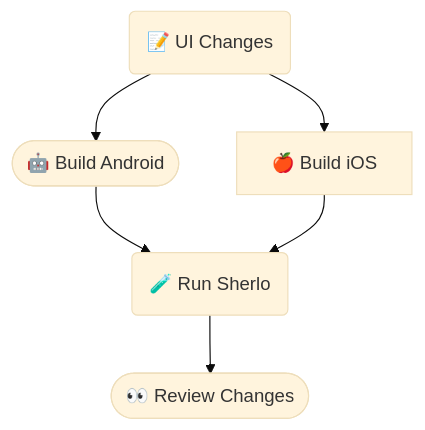
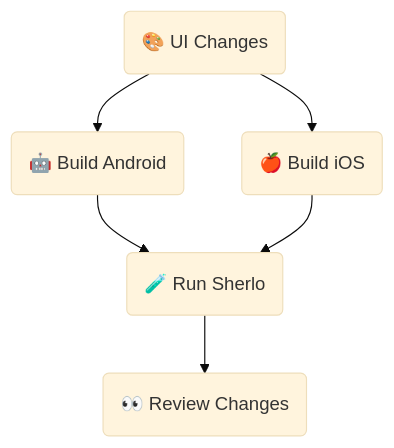
Before and after one commit to sherlo-io/sherlo: the second of 4 diagrams in examples/standard/README.md, drawn with Mermaid (base theme). The commit also changed other lines of this file, not shown here.

````diff
--- a/examples/standard/README.md
+++ b/examples/standard/README.md
@@ -60,14 +26,14 @@
 ```mermaid
 flowchart TD
-    UI(📝 UI Changes)
-    Android([🤖 Build Android])
-    iOS[🍎 Build iOS]
+    UI(🎨 UI Changes)
+    Android(🤖 Build Android)
+    iOS(🍎 Build iOS)
     Sherlo(🧪 Run Sherlo)
-    Review([👀 Review Changes])
+    Review(👀 Review Changes)
 
     UI --> Android
     UI --> iOS
     Android --> Sherlo
     iOS --> Sherlo
     Sherlo --> Review
 ```
````
